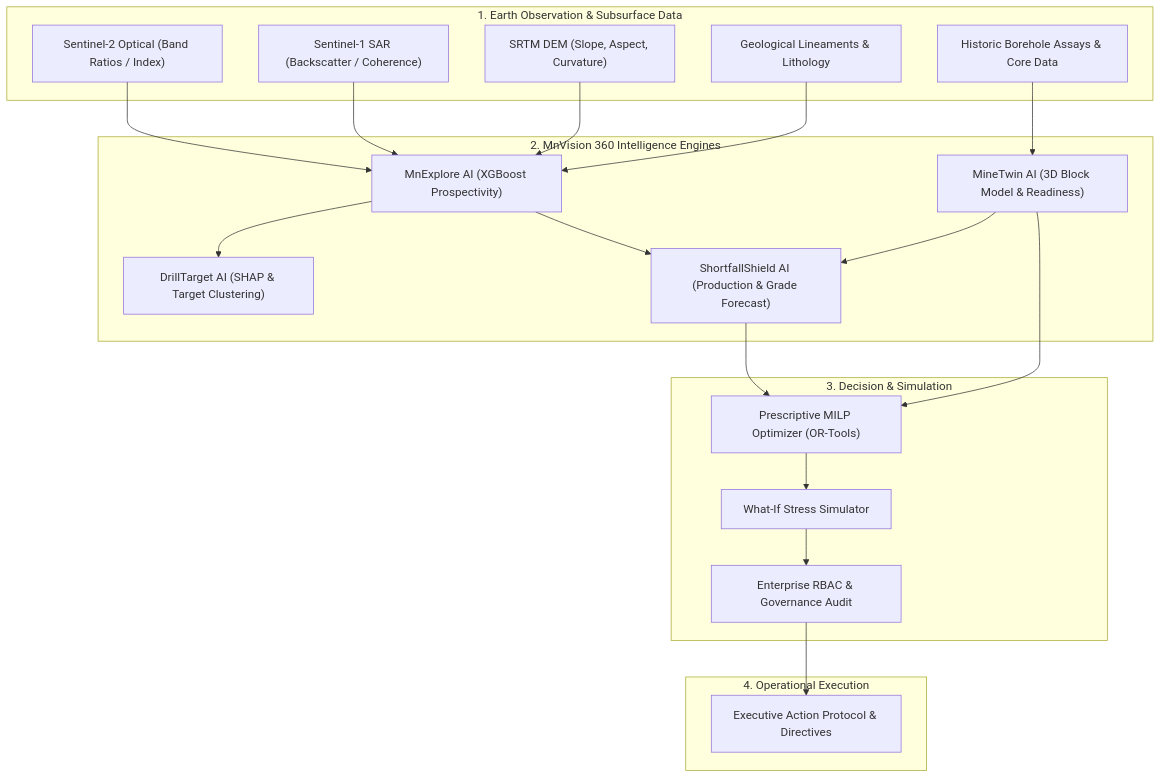
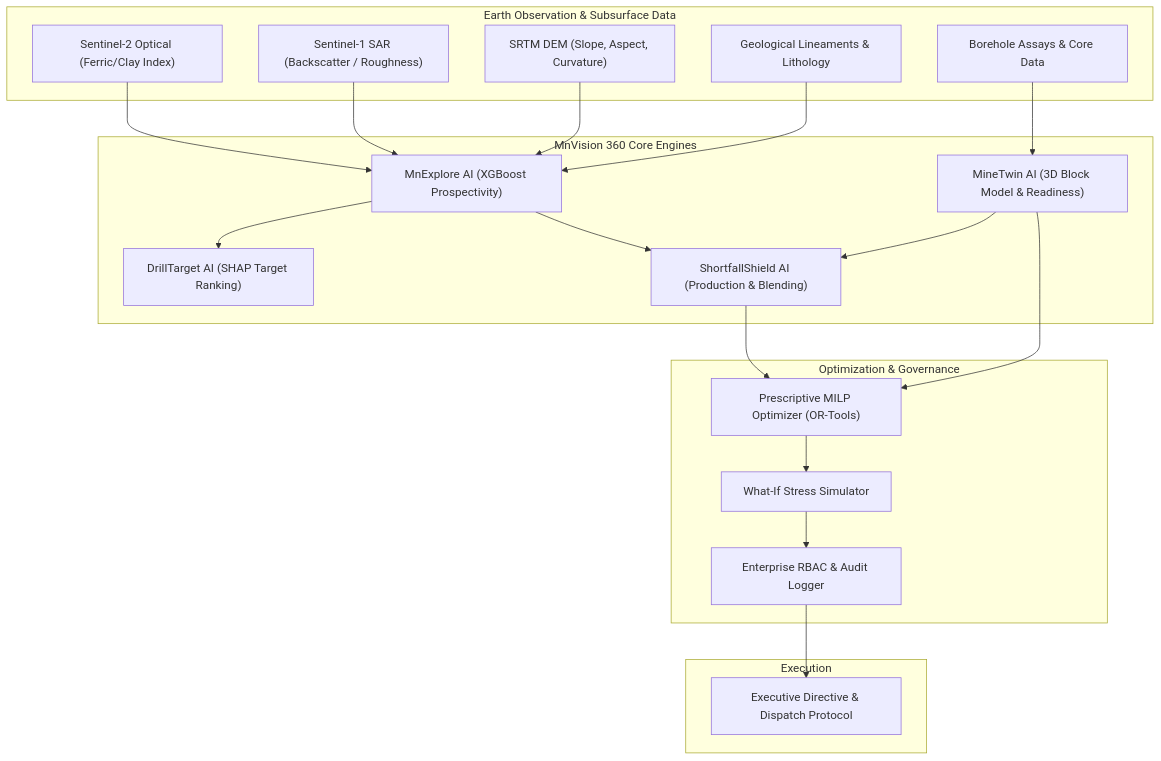
Before and after one commit to Gaurav-ux16/MnVision-360: the diagram in README.md, drawn with Mermaid. The commit also changed other lines of this file and 9 other files, not shown here.

````diff
--- a/README.md
+++ b/README.md
@@ -22,41 +33,41 @@
 ```mermaid
 flowchart TD
-    subgraph Data Layer ["1. Earth Observation & Subsurface Data"]
-        S2["Sentinel-2 Optical (Band Ratios / Index)"]
-        S1["Sentinel-1 SAR (Backscatter / Coherence)"]
+    subgraph Earth Observation & Subsurface Data
+        S2["Sentinel-2 Optical (Ferric/Clay Index)"]
+        S1["Sentinel-1 SAR (Backscatter / Roughness)"]
         DEM["SRTM DEM (Slope, Aspect, Curvature)"]
         GEO["Geological Lineaments & Lithology"]
-        BH["Historic Borehole Assays & Core Data"]
+        BH["Borehole Assays & Core Data"]
     end
 
-    subgraph Intelligence Core ["2. MnVision 360 Intelligence Engines"]
+    subgraph MnVision 360 Core Engines
         EXP["MnExplore AI (XGBoost Prospectivity)"]
-        TRG["DrillTarget AI (SHAP & Target Clustering)"]
+        TRG["DrillTarget AI (SHAP Target Ranking)"]
         TWIN["MineTwin AI (3D Block Model & Readiness)"]
-        FOR["ShortfallShield AI (Production & Grade Forecast)"]
+        FOR["ShortfallShield AI (Production & Blending)"]
     end
 
-    subgraph Optimization Engine ["3. Decision & Simulation"]
+    subgraph Optimization & Governance
         MILP["Prescriptive MILP Optimizer (OR-Tools)"]
         SIM["What-If Stress Simulator"]
-        RBAC["Enterprise RBAC & Governance Audit"]
+        RBAC["Enterprise RBAC & Audit Logger"]
     end
 
-    subgraph Action Center ["4. Operational Execution"]
-        EXEC["Executive Action Protocol & Directives"]
+    subgraph Execution
+        EXEC["Executive Directive & Dispatch Protocol"]
     end
 
     S2 --> EXP
     S1 --> EXP
     DEM --> EXP
     GEO --> EXP
     EXP --> TRG
     BH --> TWIN
     TWIN --> FOR
     EXP --> FOR
     FOR --> MILP
     TWIN --> MILP
     MILP --> SIM
     SIM --> RBAC
     RBAC --> EXEC
 ```
````
